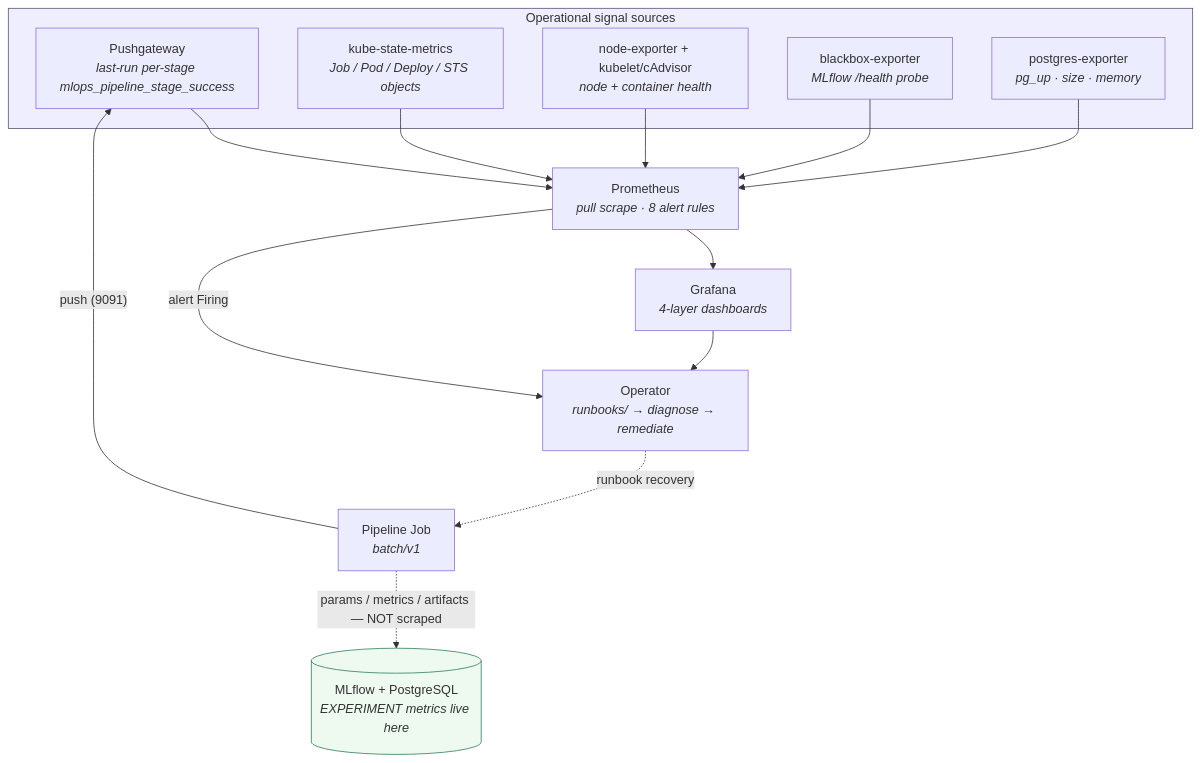
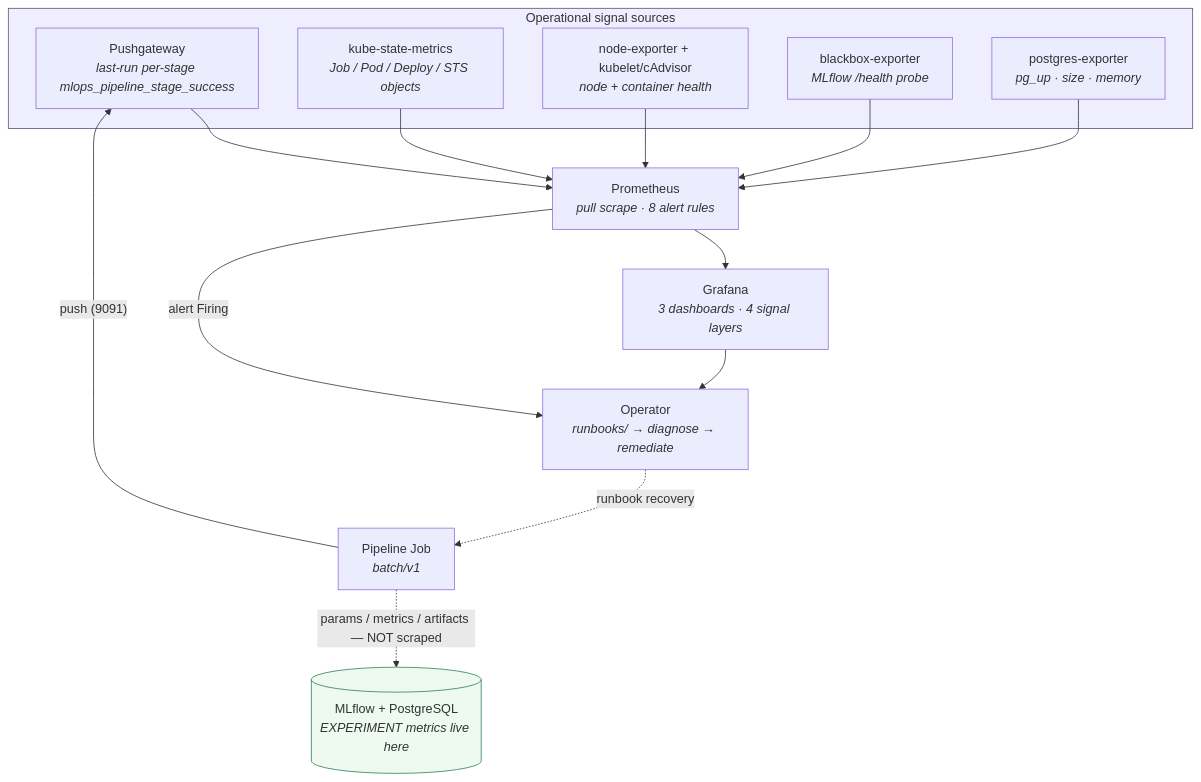
Before and after one commit to asadhanif3188/MLOps-Project-01-End-to-End-Machine-Learning-Pipeline: the second of 3 diagrams in docs/diagrams/observability-architecture/README.md, drawn with Mermaid. The commit also changed other lines of this file and 4 other files, not shown here.

First line of the commit message:
docs(architecture): sharpen diagram accuracy after second-eye review

````diff
--- a/docs/diagrams/observability-architecture/README.md
+++ b/docs/diagrams/observability-architecture/README.md
@@ -75,33 +79,33 @@
 ```mermaid
 flowchart TB
     subgraph sources["Operational signal sources"]
         pgw["Pushgateway<br/><i>last-run per-stage mlops_pipeline_stage_success</i>"]
         ksm["kube-state-metrics<br/><i>Job / Pod / Deploy / STS objects</i>"]
         node["node-exporter + kubelet/cAdvisor<br/><i>node + container health</i>"]
         black["blackbox-exporter<br/><i>MLflow /health probe</i>"]
         pgexp["postgres-exporter<br/><i>pg_up · size · memory</i>"]
     end
 
     pipe["Pipeline Job<br/><i>batch/v1</i>"]
     prom["Prometheus<br/><i>pull scrape · 8 alert rules</i>"]
-    graf["Grafana<br/><i>4-layer dashboards</i>"]
+    graf["Grafana<br/><i>3 dashboards · 4 signal layers</i>"]
     op["Operator<br/><i>runbooks/ → diagnose → remediate</i>"]
     mldb[("MLflow + PostgreSQL<br/><i>EXPERIMENT metrics live here</i>")]
 
     pipe -- "push (9091)" --> pgw
     pipe -. "params / metrics / artifacts — NOT scraped" .-> mldb
     pgw --> prom
     ksm --> prom
     node --> prom
     black --> prom
     pgexp --> prom
     prom --> graf
     prom -- "alert Firing" --> op
     graf --> op
     op -. "runbook recovery" .-> pipe
 
     classDef boundary fill:#eef,stroke:#557,stroke-width:1px;
     classDef store fill:#eefaf0,stroke:#2e7d5b;
     class sources boundary;
     class mldb store;
 ```
````
